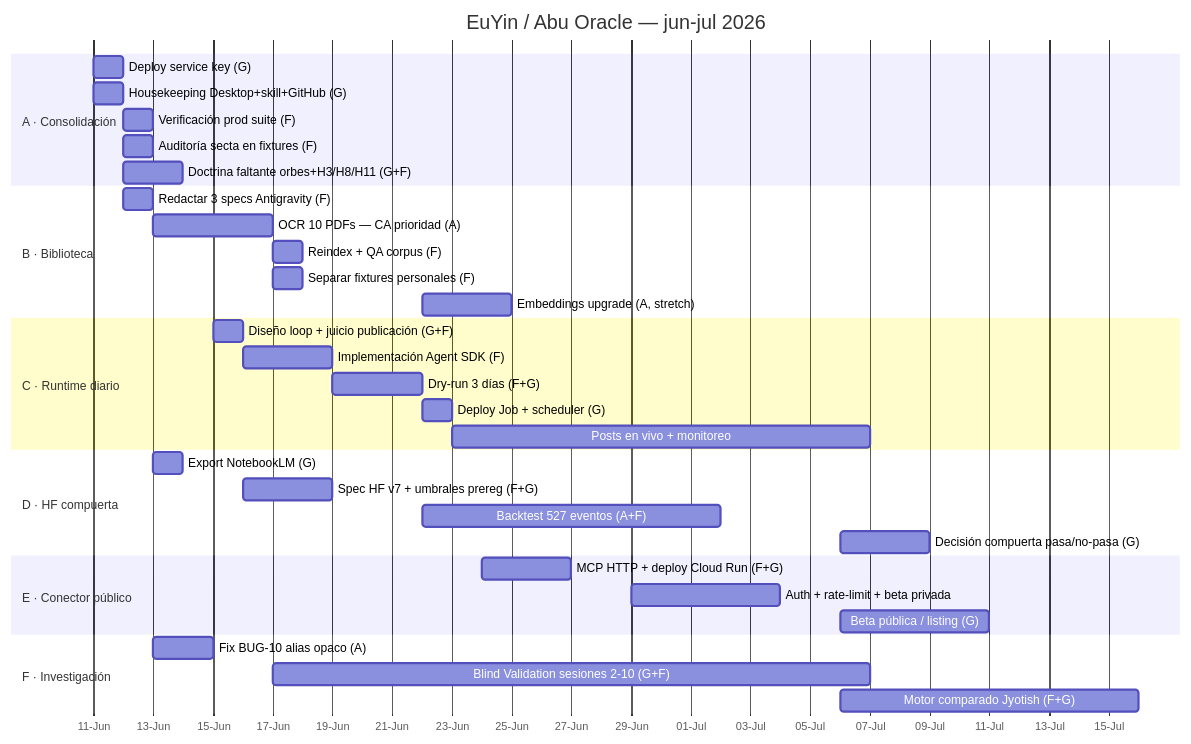
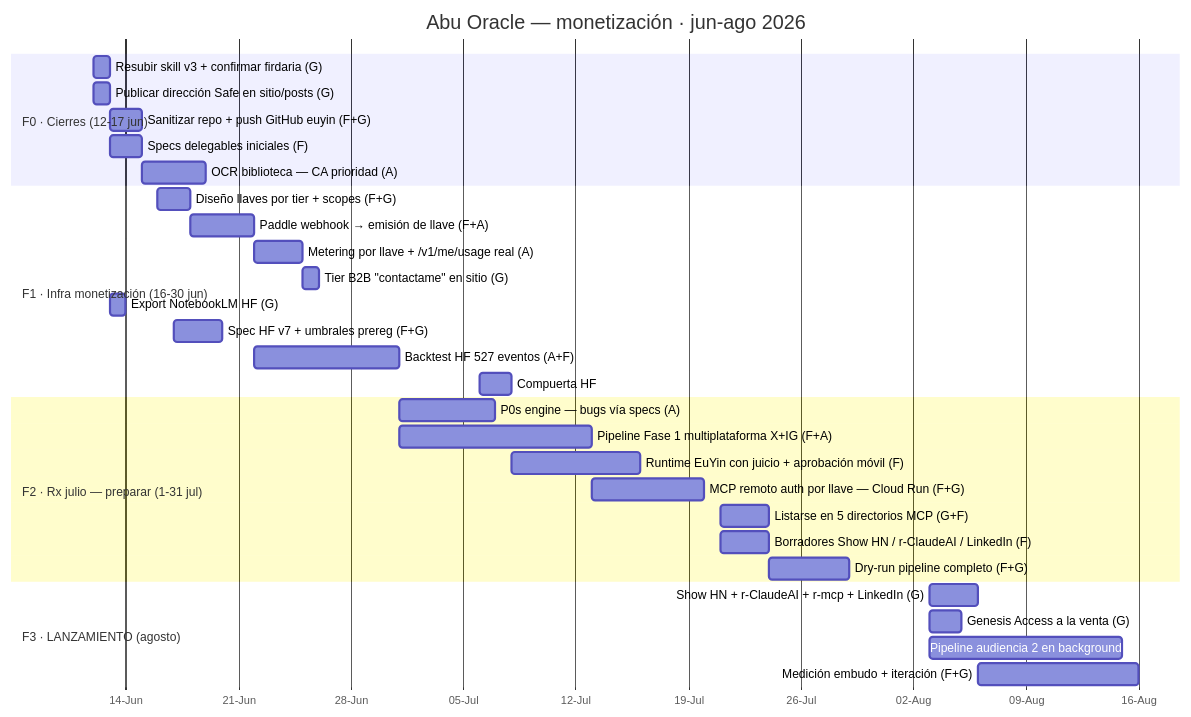
One commit to GuillermoSiaira/euyin-agent changed the diagram in ROADMAP.md. Above: the diagram before and after it, drawn with Mermaid. The commit also changed other lines of this file, not shown here.

First line of the commit message:
ROADMAP v2: eje monetización — lanzamiento agosto, KPIs, specs delegables

````diff
--- a/ROADMAP.md
+++ b/ROADMAP.md
@@ -27,43 +46,38 @@
 ```mermaid
 gantt
   dateFormat YYYY-MM-DD
-  title EuYin / Abu Oracle — jun-jul 2026
+  title Abu Oracle — monetización · jun-ago 2026
   axisFormat %d-%b
 
-  section A · Consolidación
-  Deploy service key (G)              :a1, 2026-06-11, 1d
-  Housekeeping Desktop+skill+GitHub (G):a2, 2026-06-11, 1d
-  Verificación prod suite (F)         :a3, after a1, 1d
-  Auditoría secta en fixtures (F)     :a4, 2026-06-12, 1d
-  Doctrina faltante orbes+H3/H8/H11 (G+F):a5, 2026-06-12, 2d
+  section F0 · Cierres (12-17 jun)
+  Resubir skill v3 + confirmar firdaria (G)      :f01, 2026-06-12, 1d
+  Publicar dirección Safe en sitio/posts (G)     :f02, 2026-06-12, 1d
+  Sanitizar repo + push GitHub euyin (F+G)       :f03, 2026-06-13, 2d
+  Specs delegables iniciales (F)                 :f04, 2026-06-13, 2d
+  OCR biblioteca — CA prioridad (A)              :f05, 2026-06-15, 4d
 
-  section B · Biblioteca
-  Redactar 3 specs Antigravity (F)    :b1, 2026-06-12, 1d
-  OCR 10 PDFs — CA prioridad (A)      :b2, after b1, 4d
-  Reindex + QA corpus (F)             :b3, after b2, 1d
-  Separar fixtures personales (F)     :b4, 2026-06-17, 1d
-  Embeddings upgrade (A, stretch)     :b5, 2026-06-22, 3d
+  section F1 · Infra monetización (16-30 jun)
+  Diseño llaves por tier + scopes (F+G)          :m1, 2026-06-16, 2d
+  Paddle webhook → emisión de llave (F+A)        :m2, after m1, 4d
+  Metering por llave + /v1/me/usage real (A)     :m3, 2026-06-22, 3d
+  Tier B2B "contactame" en sitio (G)             :m4, 2026-06-25, 1d
+  Export NotebookLM HF (G)                       :h1, 2026-06-13, 1d
+  Spec HF v7 + umbrales prereg (F+G)             :h2, 2026-06-17, 3d
+  Backtest HF 527 eventos (A+F)                  :h3, 2026-06-22, 9d
+  Compuerta HF: pasa/no pasa (G)                 :h4, 2026-07-06, 2d
 
-  section C · Runtime diario
-  Diseño loop + juicio publicación (G+F):c1, 2026-06-15, 1d
-  Implementación Agent SDK (F)        :c2, after c1, 3d
-  Dry-run 3 días (F+G)                :c3, after c2, 3d
-  Deploy Job + scheduler (G)          :c4, after c3, 1d
-  Posts en vivo + monitoreo           :c5, after c4, 14d
+  section F2 · Rx julio — preparar (1-31 jul)
+  P0s engine — bugs vía specs (A)                :p1, 2026-07-01, 6d
+  Pipeline Fase 1 multiplataforma X+IG (F+A)     :p2, 2026-07-01, 12d
+  Runtime EuYin con juicio + aprobación móvil (F):p3, 2026-07-08, 8d
+  MCP remoto auth por llave — Cloud Run (F+G)    :p4, 2026-07-13, 7d
+  Listarse en 5 directorios MCP (G+F)            :p5, 2026-07-21, 3d
+  Borradores Show HN / r-ClaudeAI / LinkedIn (F) :p6, 2026-07-21, 3d
+  Dry-run pipeline completo (F+G)                :p7, 2026-07-24, 5d
 
-  section D · HF compuerta
-  Export NotebookLM (G)               :d1, 2026-06-13, 1d
-  Spec HF v7 + umbrales prereg (F+G)  :d2, 2026-06-16, 3d
-  Backtest 527 eventos (A+F)          :d3, 2026-06-22, 10d
-  Decisión compuerta pasa/no-pasa (G) :d4, 2026-07-06, 3d
-
-  section E · Conector público
-  MCP HTTP + deploy Cloud Run (F+G)   :e1, 2026-06-24, 3d
-  Auth + rate-limit + beta privada    :e2, 2026-06-29, 5d
-  Beta pública / listing (G)          :e3, 2026-07-06, 5d
-
-  section F · Investigación
-  Fix BUG-10 alias opaco (A)          :f1, 2026-06-13, 2d
-  Blind Validation sesiones 2-10 (G+F):f2, 2026-06-17, 20d
-  Motor comparado Jyotish (F+G)       :f3, 2026-07-06, 10d
+  section F3 · LANZAMIENTO (agosto)
+  Show HN + r-ClaudeAI + r-mcp + LinkedIn (G)    :l1, 2026-08-03, 3d
+  Genesis Access a la venta (G)                  :l2, 2026-08-03, 2d
+  Pipeline audiencia 2 en background             :l3, 2026-08-03, 12d
+  Medición embudo + iteración (F+G)              :l4, 2026-08-06, 10d
 ```
````
